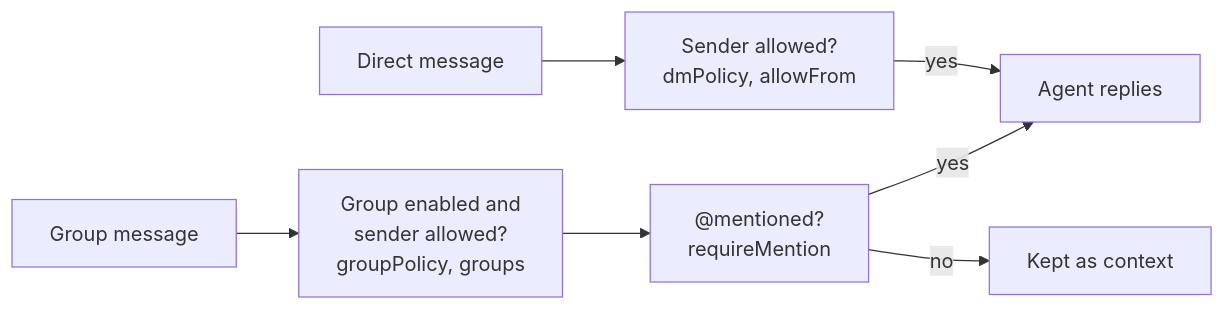
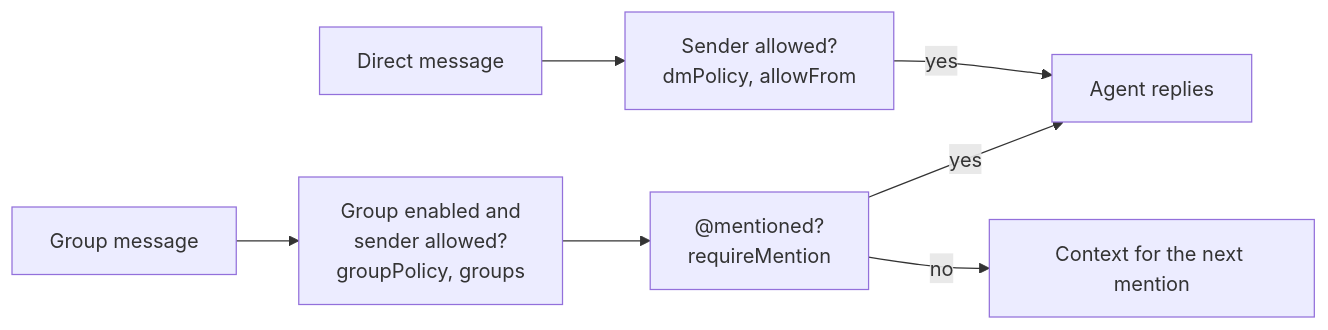
One commit to thisnick/agent-wechat changed the diagram in docs/src/content/docs/openclaw/access.mdx. Above: the diagram before and after it, drawn with Mermaid. The commit also changed other lines of this file and 19 other files, not shown here.

````diff
--- a/docs/src/content/docs/openclaw/access.mdx
+++ b/docs/src/content/docs/openclaw/access.mdx
@@ -10,9 +10,9 @@
 ```mermaid
 flowchart LR
   DM[Direct message] --> DC["Sender allowed?<br/>dmPolicy, allowFrom"]
   GM[Group message] --> GC["Group enabled and<br/>sender allowed?<br/>groupPolicy, groups"]
   GC --> MC["@mentioned?<br/>requireMention"]
   DC -- yes --> A[Agent replies]
   MC -- yes --> A
-  MC -- no --> C[Kept as context]
+  MC -- no --> C[Context for the next mention]
 ```
````
